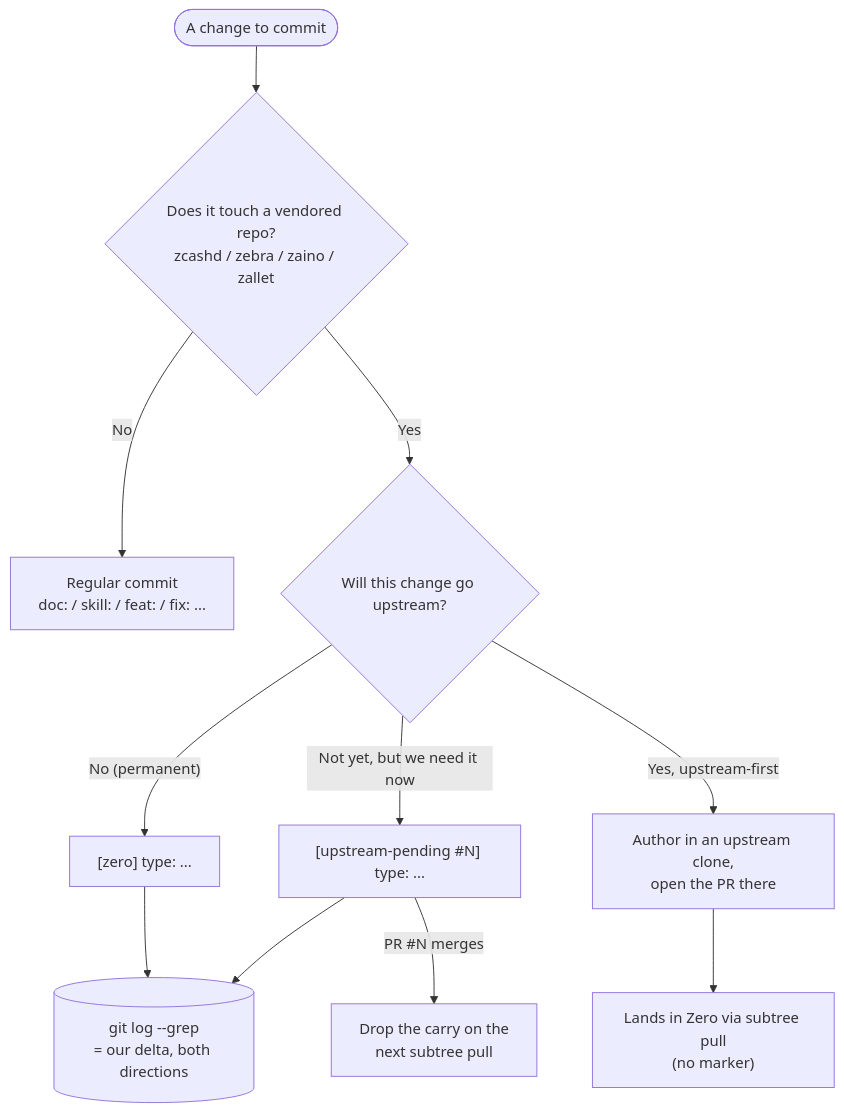
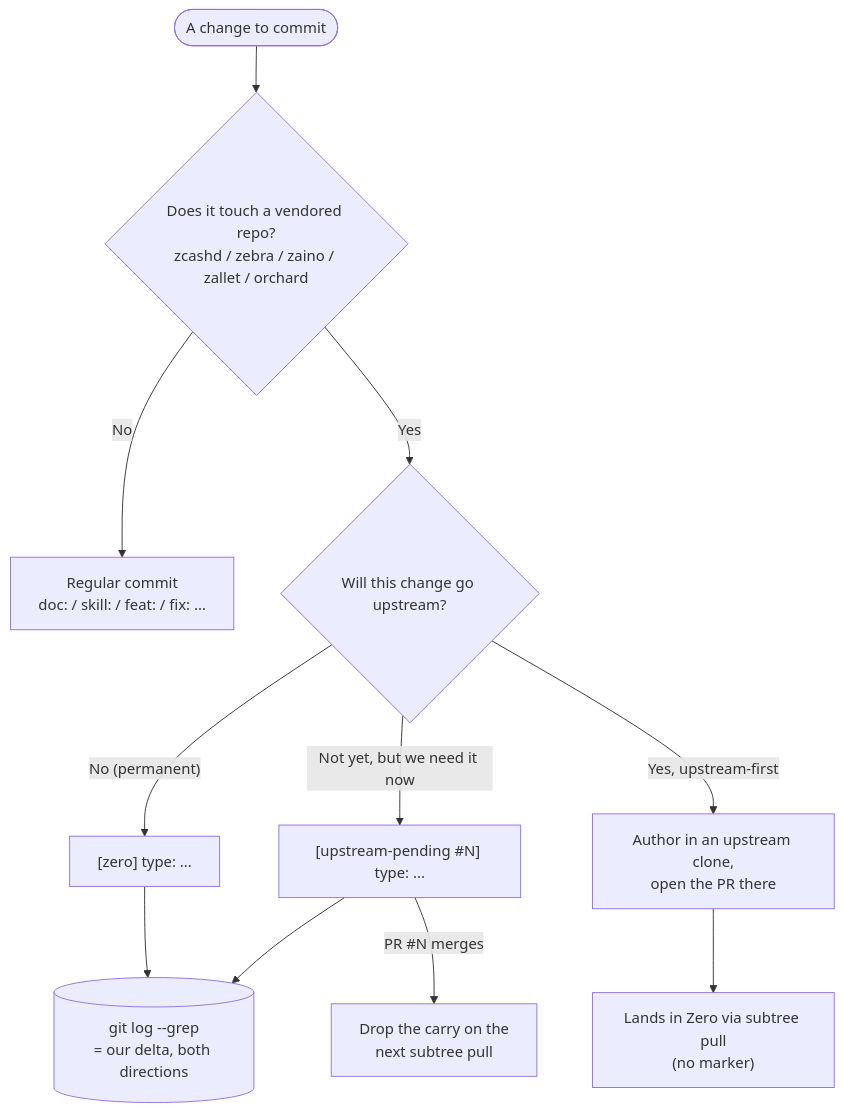
The diagram in README.md (ShieldedLabs/zero), drawn with Mermaid before and after one commit. The commit also changed other lines of this file and 104 other files, not shown here.

````diff
--- a/README.md
+++ b/README.md
@@ -102,13 +103,13 @@
 ```mermaid
 flowchart TD
-    A([A change to commit]) --> B{"Does it touch a vendored repo?<br/>zcashd / zebra / zaino / zallet"}
+    A([A change to commit]) --> B{"Does it touch a vendored repo?<br/>zcashd / zebra / zaino / zallet / orchard"}
     B -->|No| C["Regular commit<br/>doc: / skill: / feat: / fix: ..."]
     B -->|Yes| D{"Will this change go upstream?"}
     D -->|"No (permanent)"| E["[zero] type: ..."]
     D -->|"Not yet, but we need it now"| F["[upstream-pending #N] type: ..."]
     D -->|"Yes, upstream-first"| G["Author in an upstream clone,<br/>open the PR there"]
     G --> H["Lands in Zero via subtree pull<br/>(no marker)"]
     F -->|"PR #N merges"| I["Drop the carry on the<br/>next subtree pull"]
     E --> J[("git log --grep<br/>= our delta, both directions")]
     F --> J
 ```
````
